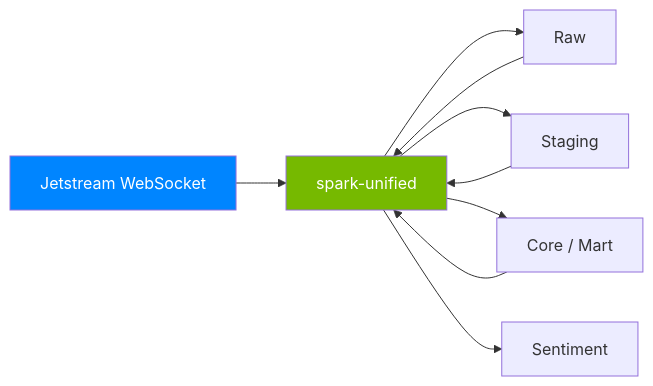
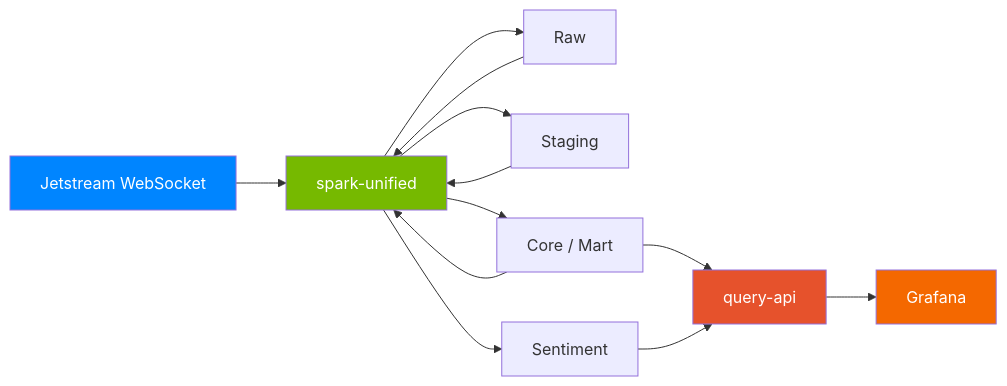
The diagram in README.md (joshlizana/atomosphere), drawn with Mermaid before and after one commit. The commit also changed other lines of this file and 17 other files, not shown here.

First line of the commit message:
Add query-api and Grafana services (M6 infrastructure)

````diff
--- a/README.md
+++ b/README.md
@@ -11,14 +11,19 @@
 ```mermaid
 flowchart LR
     JS[Jetstream WebSocket] --> SU[spark-unified]
     SU --> RAW[Raw]
     RAW --> SU
     SU --> STG[Staging]
     STG --> SU
     SU --> CORE[Core / Mart]
     CORE --> SU
     SU --> SOUT[Sentiment]
+    CORE --> QA[query-api]
+    SOUT --> QA
+    QA --> GF[Grafana]
 
     style JS fill:#0085ff,color:#fff
     style SU fill:#76b900,color:#fff
+    style QA fill:#e6522c,color:#fff
+    style GF fill:#f46800,color:#fff
 ```
````
